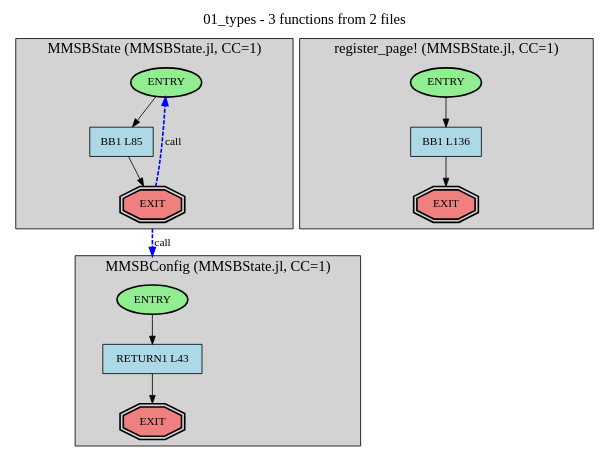
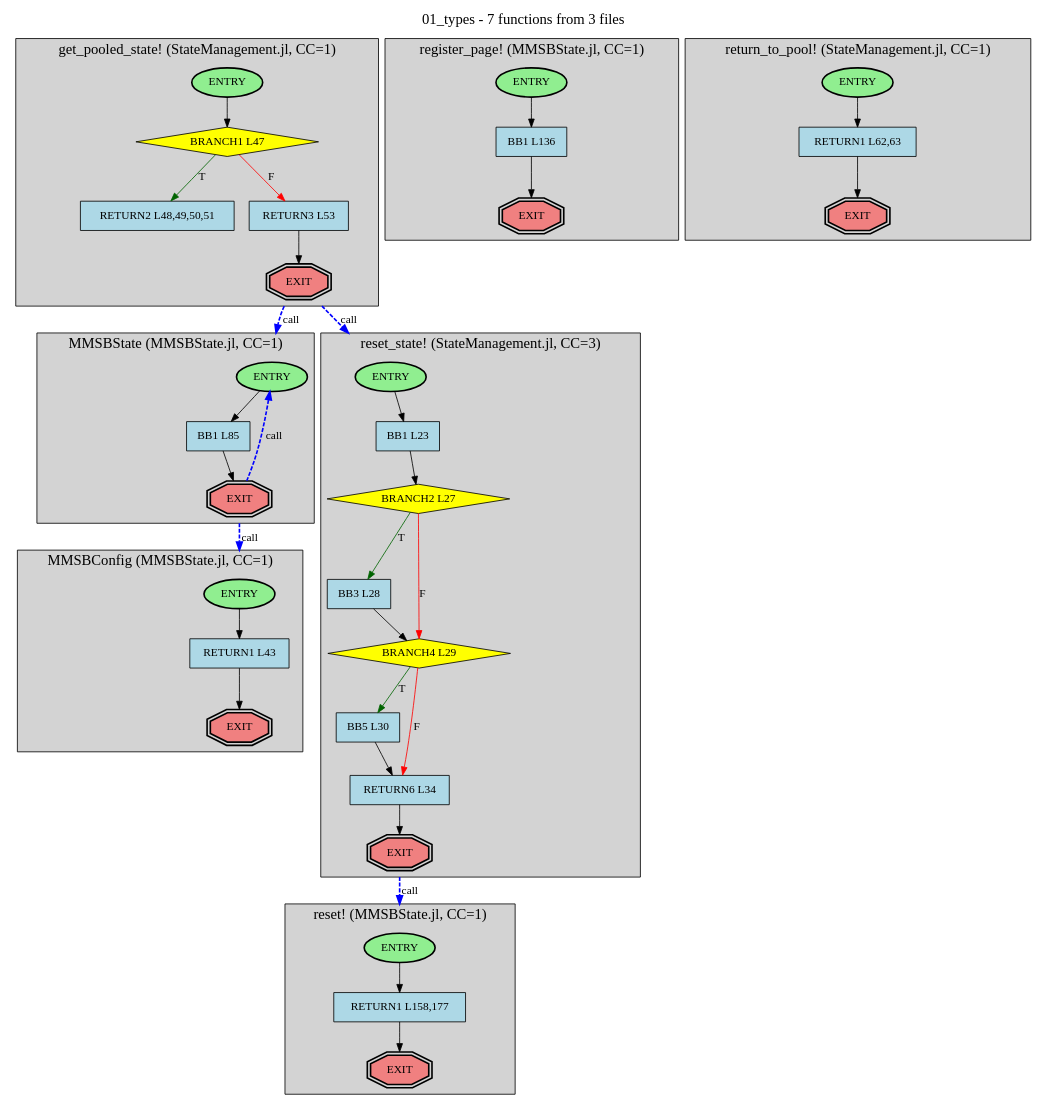
Before and after one commit to cicero-violate/MMSB: the diagram in docs/analysis/cfg/dots/layers/01_types.dot, drawn with Graphviz. The commit also changed 865 other files, not shown here.

```diff
--- a/docs/analysis/cfg/dots/layers/01_types.dot
+++ b/docs/analysis/cfg/dots/layers/01_types.dot
@@ -1,57 +1,132 @@
 digraph LayerCFG {
   rankdir=TB;
   compound=true;
   newrank=true;
 
-  label="01_types - 3 functions from 2 files";
+  label="01_types - 7 functions from 3 files";
   labelloc=t;
   fontsize=18;
 
   subgraph cluster_1 {
     label="MMSBConfig (MMSBState.jl, CC=1)";
     style=filled;
     fillcolor=lightgray;
     color=black;
 
     f1_n320 [label="ENTRY", shape=ellipse, fillcolor=lightgreen, style="filled,bold"];
     f1_n321 [label="EXIT", shape=doubleoctagon, fillcolor=lightcoral, style="filled,bold"];
     f1_n322 [label="RETURN1 L43", shape=box, fillcolor=lightblue, style="filled"];
 
     f1_n320 -> f1_n322;
     f1_n322 -> f1_n321;
   }
 
   subgraph cluster_2 {
     label="MMSBState (MMSBState.jl, CC=1)";
     style=filled;
     fillcolor=lightgray;
     color=black;
 
     f2_n323 [label="ENTRY", shape=ellipse, fillcolor=lightgreen, style="filled,bold"];
     f2_n324 [label="EXIT", shape=doubleoctagon, fillcolor=lightcoral, style="filled,bold"];
     f2_n325 [label="BB1 L85", shape=box, fillcolor=lightblue, style="filled"];
 
     f2_n323 -> f2_n325;
     f2_n325 -> f2_n324;
   }
 
   subgraph cluster_3 {
-    label="register_page! (MMSBState.jl, CC=1)";
+    label="get_pooled_state! (StateManagement.jl, CC=1)";
     style=filled;
     fillcolor=lightgray;
     color=black;
 
     f3_n326 [label="ENTRY", shape=ellipse, fillcolor=lightgreen, style="filled,bold"];
     f3_n327 [label="EXIT", shape=doubleoctagon, fillcolor=lightcoral, style="filled,bold"];
-    f3_n328 [label="BB1 L136", shape=box, fillcolor=lightblue, style="filled"];
+    f3_n328 [label="BRANCH1 L47", shape=diamond, fillcolor=yellow, style="filled"];
+    f3_n329 [label="RETURN2 L48,49,50,51", shape=box, fillcolor=lightblue, style="filled"];
+    f3_n330 [label="RETURN3 L53", shape=box, fillcolor=lightblue, style="filled"];
 
     f3_n326 -> f3_n328;
-    f3_n328 -> f3_n327;
+    f3_n328 -> f3_n329 [label="T", color="darkgreen"];
+    f3_n328 -> f3_n330 [label="F", color="red"];
+    f3_n330 -> f3_n327;
+  }
+
+  subgraph cluster_4 {
+    label="register_page! (MMSBState.jl, CC=1)";
+    style=filled;
+    fillcolor=lightgray;
+    color=black;
+
+    f4_n331 [label="ENTRY", shape=ellipse, fillcolor=lightgreen, style="filled,bold"];
+    f4_n332 [label="EXIT", shape=doubleoctagon, fillcolor=lightcoral, style="filled,bold"];
+    f4_n333 [label="BB1 L136", shape=box, fillcolor=lightblue, style="filled"];
+
+    f4_n331 -> f4_n333;
+    f4_n333 -> f4_n332;
+  }
+
+  subgraph cluster_5 {
+    label="reset! (MMSBState.jl, CC=1)";
+    style=filled;
+    fillcolor=lightgray;
+    color=black;
+
+    f5_n334 [label="ENTRY", shape=ellipse, fillcolor=lightgreen, style="filled,bold"];
+    f5_n335 [label="EXIT", shape=doubleoctagon, fillcolor=lightcoral, style="filled,bold"];
+    f5_n336 [label="RETURN1 L158,177", shape=box, fillcolor=lightblue, style="filled"];
+
+    f5_n334 -> f5_n336;
+    f5_n336 -> f5_n335;
+  }
+
+  subgraph cluster_6 {
+    label="reset_state! (StateManagement.jl, CC=3)";
+    style=filled;
+    fillcolor=lightgray;
+    color=black;
+
+    f6_n337 [label="ENTRY", shape=ellipse, fillcolor=lightgreen, style="filled,bold"];
+    f6_n338 [label="EXIT", shape=doubleoctagon, fillcolor=lightcoral, style="filled,bold"];
+    f6_n339 [label="BB1 L23", shape=box, fillcolor=lightblue, style="filled"];
+    f6_n340 [label="BRANCH2 L27", shape=diamond, fillcolor=yellow, style="filled"];
+    f6_n341 [label="BB3 L28", shape=box, fillcolor=lightblue, style="filled"];
+    f6_n342 [label="BRANCH4 L29", shape=diamond, fillcolor=yellow, style="filled"];
+    f6_n343 [label="BB5 L30", shape=box, fillcolor=lightblue, style="filled"];
+    f6_n344 [label="RETURN6 L34", shape=box, fillcolor=lightblue, style="filled"];
+
+    f6_n337 -> f6_n339;
+    f6_n339 -> f6_n340;
+    f6_n340 -> f6_n341 [label="T", color="darkgreen"];
+    f6_n340 -> f6_n342 [label="F", color="red"];
+    f6_n341 -> f6_n342;
+    f6_n342 -> f6_n343 [label="T", color="darkgreen"];
+    f6_n342 -> f6_n344 [label="F", color="red"];
+    f6_n343 -> f6_n344;
+    f6_n344 -> f6_n338;
+  }
+
+  subgraph cluster_7 {
+    label="return_to_pool! (StateManagement.jl, CC=1)";
+    style=filled;
+    fillcolor=lightgray;
+    color=black;
+
+    f7_n345 [label="ENTRY", shape=ellipse, fillcolor=lightgreen, style="filled,bold"];
+    f7_n346 [label="EXIT", shape=doubleoctagon, fillcolor=lightcoral, style="filled,bold"];
+    f7_n347 [label="RETURN1 L62,63", shape=box, fillcolor=lightblue, style="filled"];
+
+    f7_n345 -> f7_n347;
+    f7_n347 -> f7_n346;
   }
 
   // Inter-function calls
   edge [style=dashed, color=blue, penwidth=2];
 
   f2_n324 -> f2_n323 [ltail=cluster_2, lhead=cluster_2, label="call"];
   f2_n324 -> f1_n320 [ltail=cluster_2, lhead=cluster_1, label="call"];
+  f6_n338 -> f5_n334 [ltail=cluster_6, lhead=cluster_5, label="call"];
+  f3_n327 -> f6_n337 [ltail=cluster_3, lhead=cluster_6, label="call"];
+  f3_n327 -> f2_n323 [ltail=cluster_3, lhead=cluster_2, label="call"];
 }
```
